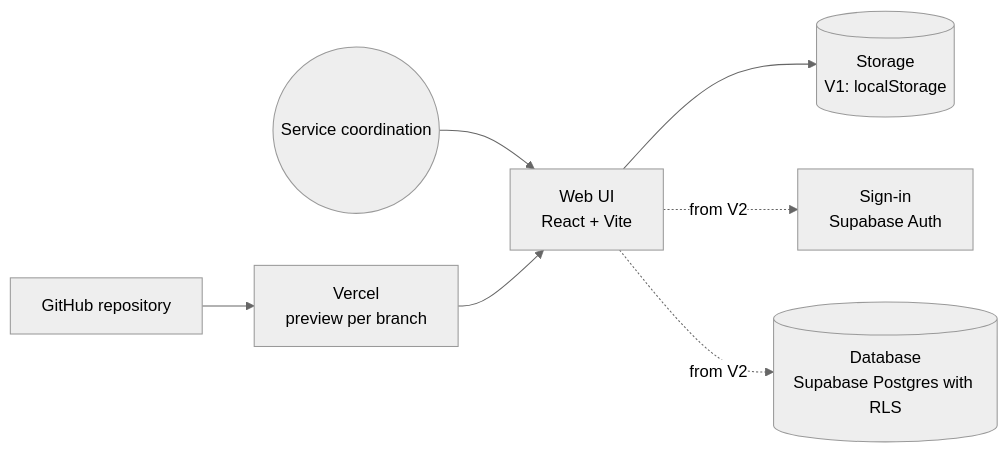
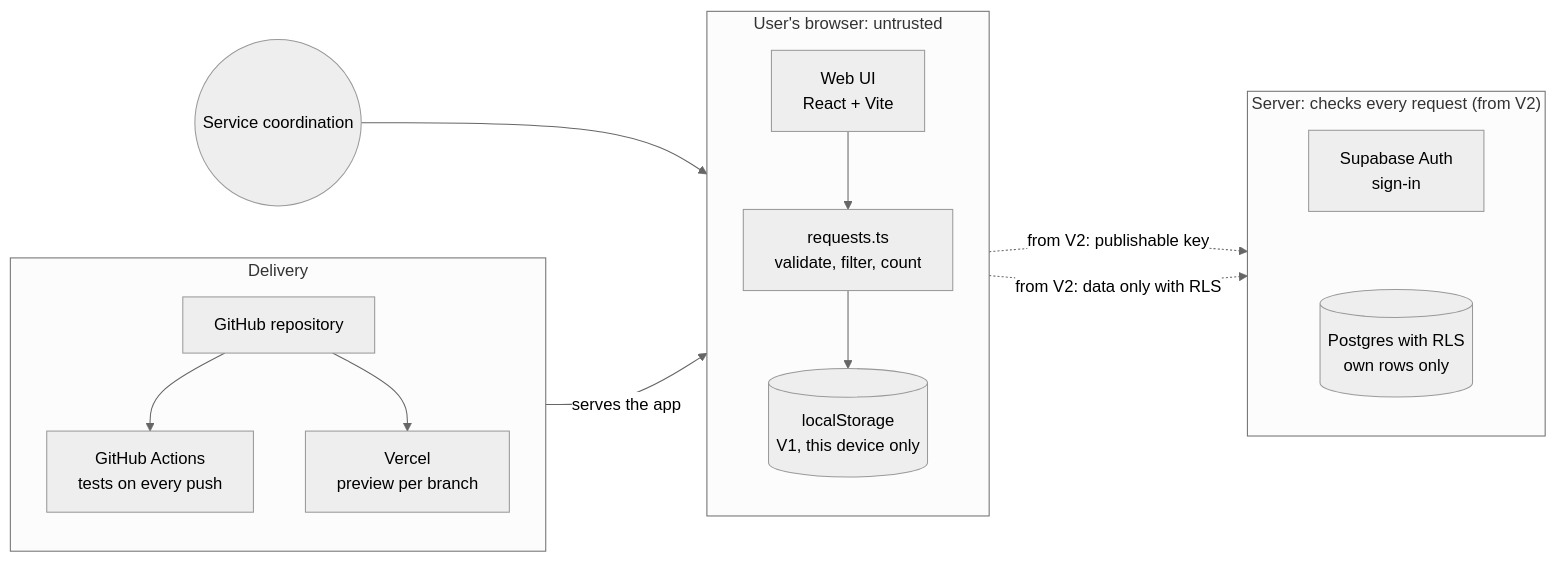
Before and after one commit to sebmer-com/AI-Coding: the diagram in examples/en/docs/architecture.md, drawn with Mermaid (neutral theme). The commit also changed other lines of this file and 25 other files, not shown here.

First line of the commit message:
Docs: DESIGN.md, Mermaid architecture source, plan status and gates

````diff
--- a/examples/en/docs/architecture.md
+++ b/examples/en/docs/architecture.md
@@ -5,9 +5,29 @@
 ```mermaid
 flowchart LR
-  User((Service coordination)) --> UI[Web UI<br/>React + Vite]
-  UI --> Store[(Storage<br/>V1: localStorage)]
-  UI -. from V2 .-> Auth[Sign-in<br/>Supabase Auth]
-  UI -. from V2 .-> DB[(Database<br/>Supabase Postgres with RLS)]
-  Repo[GitHub repository] --> Deploy[Vercel<br/>preview per branch]
-  Deploy --> UI
+  User((Service coordination))
+  subgraph Delivery["Delivery"]
+    direction TB
+    Repo["GitHub repository"]
+    CI["GitHub Actions<br/>tests on every push"]
+    Host["Vercel<br/>preview per branch"]
+  end
+  subgraph Browser["User's browser: untrusted"]
+    direction TB
+    UI["Web UI<br/>React + Vite"]
+    Logic["requests.ts<br/>validate, filter, count"]
+    Store[("localStorage<br/>V1, this device only")]
+  end
+  subgraph Server["Server: checks every request (from V2)"]
+    direction TB
+    Auth["Supabase Auth<br/>sign-in"]
+    DB[("Postgres with RLS<br/>own rows only")]
+  end
+  Auth ~~~ DB
+  Repo --> CI
+  Repo --> Host
+  Host -- "serves the app" --> UI
+  User --> UI
+  UI --> Logic --> Store
+  UI -. "from V2: publishable key" .-> Auth
+  Logic -. "from V2: data only with RLS" .-> DB
 ```
````
